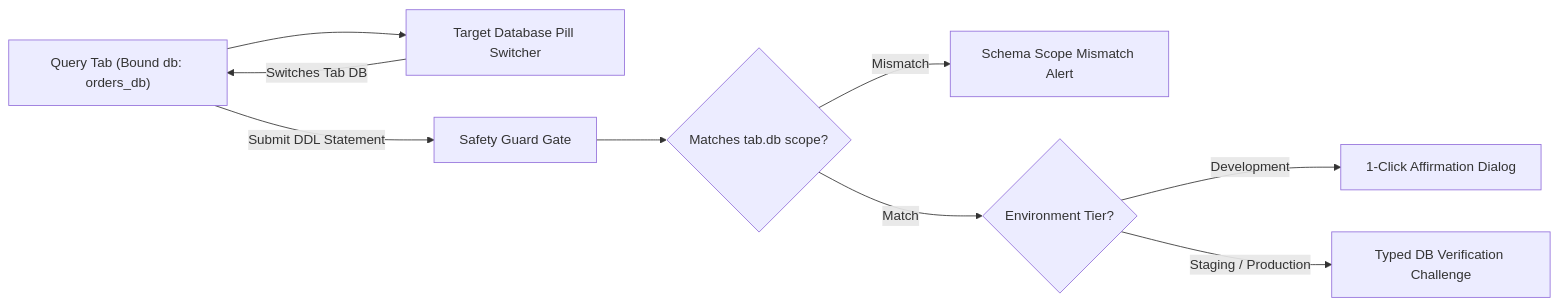
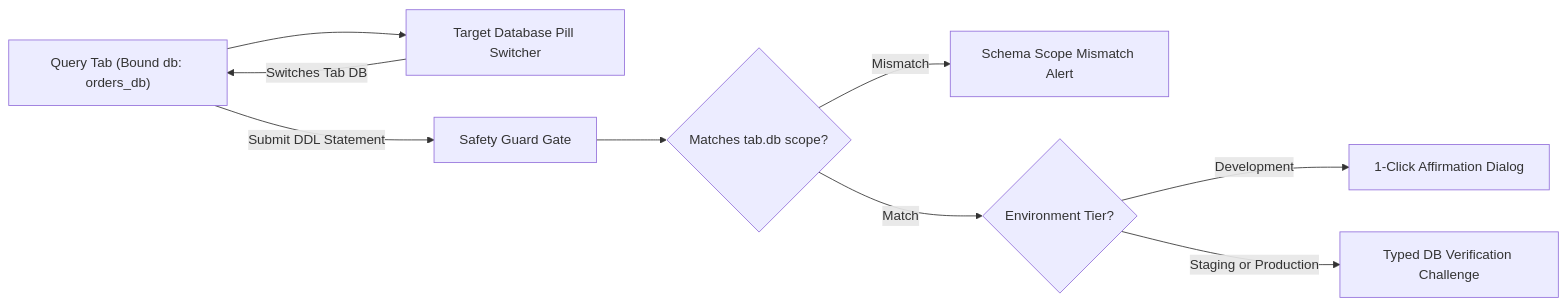
Diagram 19 of 23 in ARCHITECTURE.md (herliansyah/sqlfox), drawn with Mermaid before and after one commit. The commit also changed other lines of this file and 9 other files, not shown here.

First line of the commit message:
docs: synchronize architecture, milestones, and security specs for v0.16.1 (#137)

````diff
--- a/ARCHITECTURE.md
+++ b/ARCHITECTURE.md
@@ -936,11 +950,11 @@
 ```mermaid
 flowchart LR
     Tab["Query Tab (Bound db: orders_db)"] --> Pill["Target Database Pill Switcher"]
     Pill -->|Switches Tab DB| Tab
     Tab -->|Submit DDL Statement| Safety["Safety Guard Gate"]
     Safety --> CheckScope{"Matches tab.db scope?"}
     CheckScope -->|Mismatch| ScopeModal["Schema Scope Mismatch Alert"]
     CheckScope -->|Match| EnvGate{"Environment Tier?"}
     EnvGate -->|Development| OneClick["1-Click Affirmation Dialog"]
-    EnvGate -->|Staging / Production| TypedModal["Typed DB Verification Challenge"]
+    EnvGate -->|Staging or Production| TypedModal["Typed DB Verification Challenge"]
 ```
````
